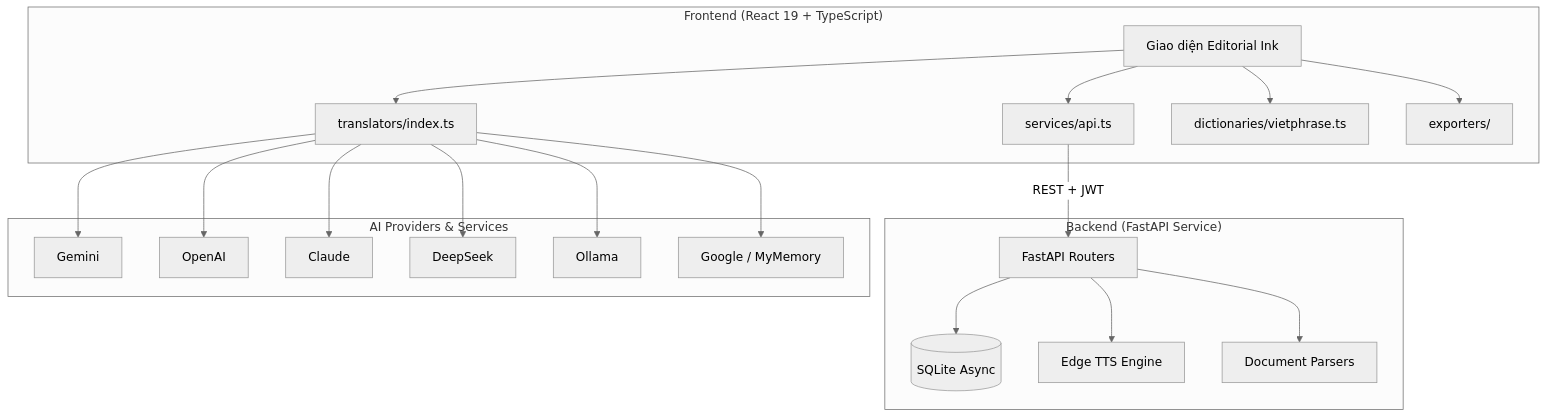
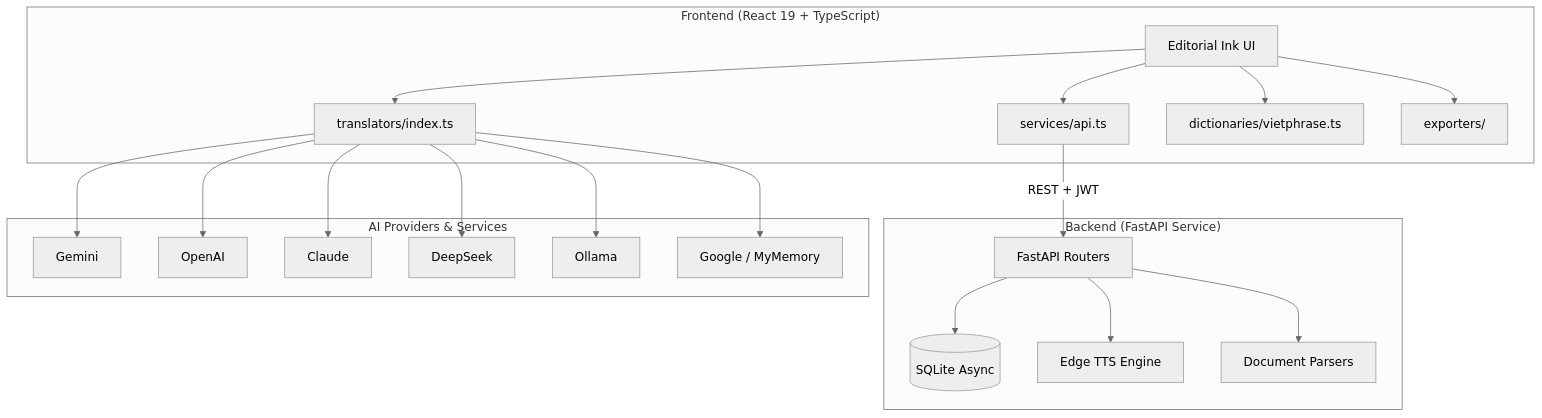
The diagram in README.md (Lacia1803/omninovel-studio), drawn with Mermaid (neutral theme) before and after one commit. The commit also changed other lines of this file and 1 other file, not shown here.

````diff
--- a/README.md
+++ b/README.md
@@ -36,23 +42,23 @@
 ```mermaid
 graph TB
 subgraph "Frontend (React 19 + TypeScript)"
-    UI[Giao diện Editorial Ink] --> API[services/api.ts]
+    UI[Editorial Ink UI] --> API[services/api.ts]
     UI --> Trans[translators/index.ts]
     UI --> Dict[dictionaries/vietphrase.ts]
     UI --> Exp[exporters/]
 end
 subgraph "Backend (FastAPI Service)"
     API -->|REST + JWT| BE[FastAPI Routers]
     BE --> DB[(SQLite Async)]
     BE --> TTS[Edge TTS Engine]
     BE --> Parser[Document Parsers]
 end
 subgraph "AI Providers & Services"
     Trans --> Gemini
     Trans --> OpenAI
     Trans --> Claude
     Trans --> DeepSeek
     Trans --> Ollama
     Trans --> FreeProviders[Google / MyMemory]
 end
 ```
````
